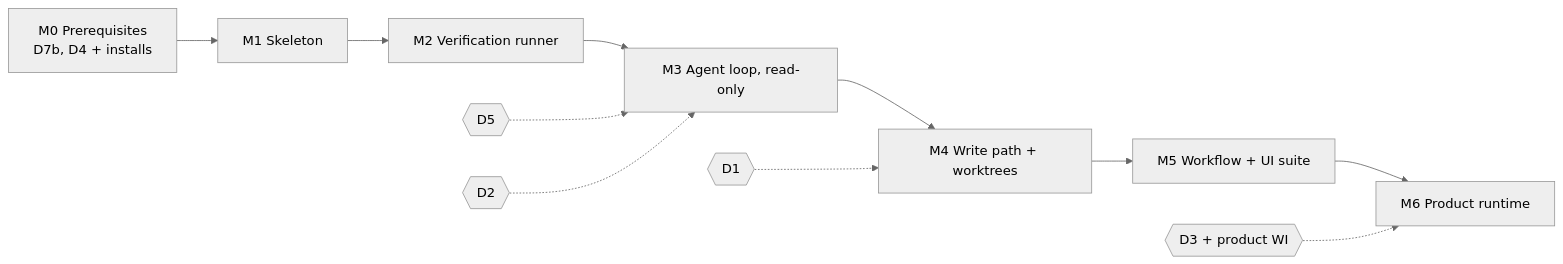
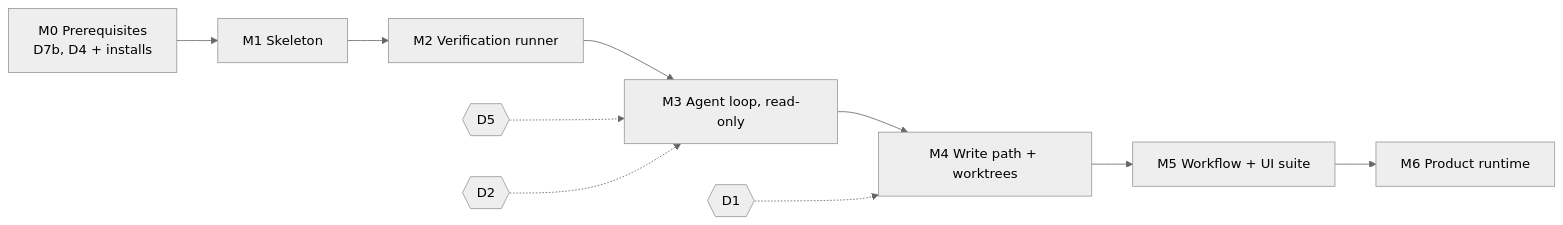
One commit to LamNV0410/pet-harness changed the diagram in docs/architecture/07-implementation-roadmap.md. Above: the diagram before and after it, drawn with Mermaid (neutral theme). The commit also changed other lines of this file and 7 other files, not shown here.

````diff
--- a/docs/architecture/07-implementation-roadmap.md
+++ b/docs/architecture/07-implementation-roadmap.md
@@ -20,13 +20,12 @@
 ```mermaid
 flowchart LR
   M0[M0 Prerequisites<br/>D7b, D4 + installs] --> M1[M1 Skeleton]
   M1 --> M2[M2 Verification runner]
   M2 --> M3[M3 Agent loop, read-only]
   M3 --> M4[M4 Write path + worktrees]
   M4 --> M5[M5 Workflow + UI suite]
   M5 --> M6[M6 Product runtime]
   D5{{D5}} -.-> M3
   D2{{D2}} -.-> M3
   D1{{D1}} -.-> M4
-  D3{{D3 + product WI}} -.-> M6
 ```
````
